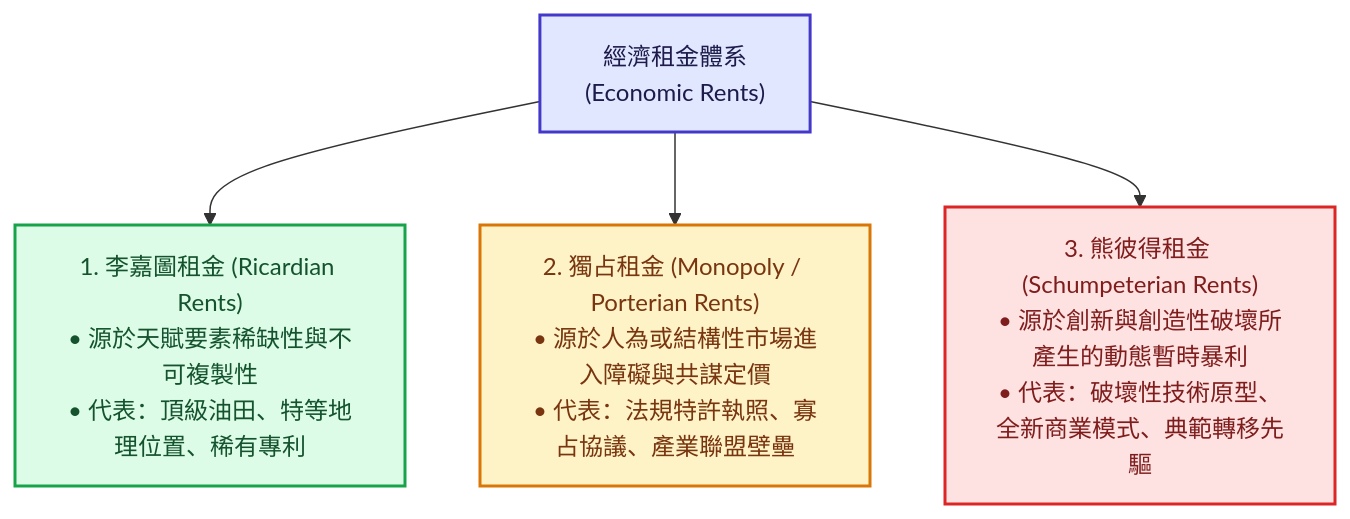
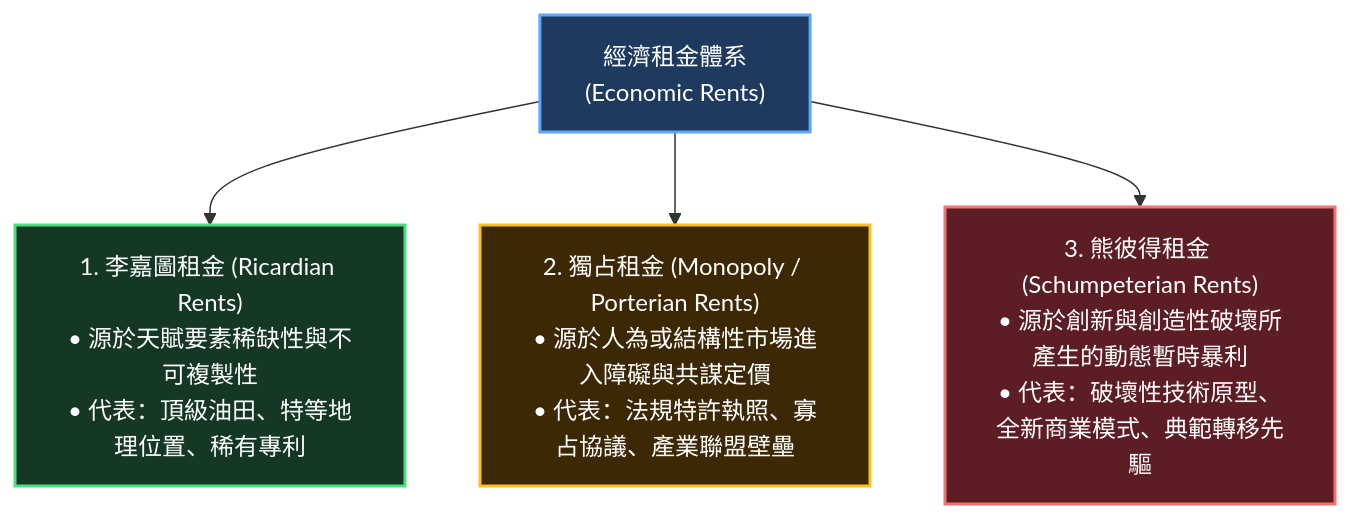
Before and after one commit to Jimlin0428/my-digital-garden: the first of 8 diagrams in src/site/notes/98_商業概念庫/competitive-advantage_競爭優勢.md, drawn with Mermaid. The commit also changed other lines of this file and 58 other files, not shown here.

````diff
--- a/src/site/notes/98_商業概念庫/competitive-advantage_競爭優勢.md
+++ b/src/site/notes/98_商業概念庫/competitive-advantage_競爭優勢.md
@@ -36,17 +36,17 @@
 ```mermaid
 flowchart TD
     Rent["經濟租金體系<br>(Economic Rents)"]
     
     R1["1. 李嘉圖租金 (Ricardian Rents)<br>• 源於天賦要素稀缺性與不可複製性<br>• 代表：頂級油田、特等地理位置、稀有專利"]
     R2["2. 獨占租金 (Monopoly / Porterian Rents)<br>• 源於人為或結構性市場進入障礙與共謀定價<br>• 代表：法規特許執照、寡占協議、產業聯盟壁壘"]
     R3["3. 熊彼得租金 (Schumpeterian Rents)<br>• 源於創新與創造性破壞所產生的動態暫時暴利<br>• 代表：破壞性技術原型、全新商業模式、典範轉移先驅"]
 
     Rent --> R1
     Rent --> R2
     Rent --> R3
 
-    style Rent fill:#e0e7ff,stroke:#4338ca,stroke-width:2px,color:#1e1b4b
-    style R1 fill:#dcfce7,stroke:#16a34a,stroke-width:2px,color:#14532d
-    style R2 fill:#fef3c7,stroke:#d97706,stroke-width:2px,color:#78350f
-    style R3 fill:#fee2e2,stroke:#dc2626,stroke-width:2px,color:#7f1d1d
+    style Rent fill:#1e3a5f,stroke:#60a5fa,stroke-width:2px,color:#ffffff
+    style R1 fill:#143823,stroke:#4ade80,stroke-width:2px,color:#ffffff
+    style R2 fill:#3d2806,stroke:#fbbf24,stroke-width:2px,color:#ffffff
+    style R3 fill:#5c1d24,stroke:#f87171,stroke-width:2px,color:#ffffff
 ```
````
